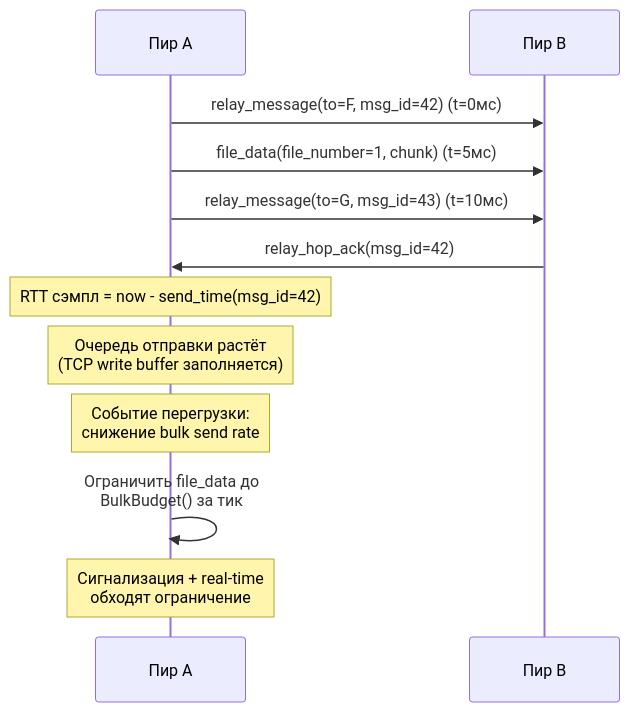
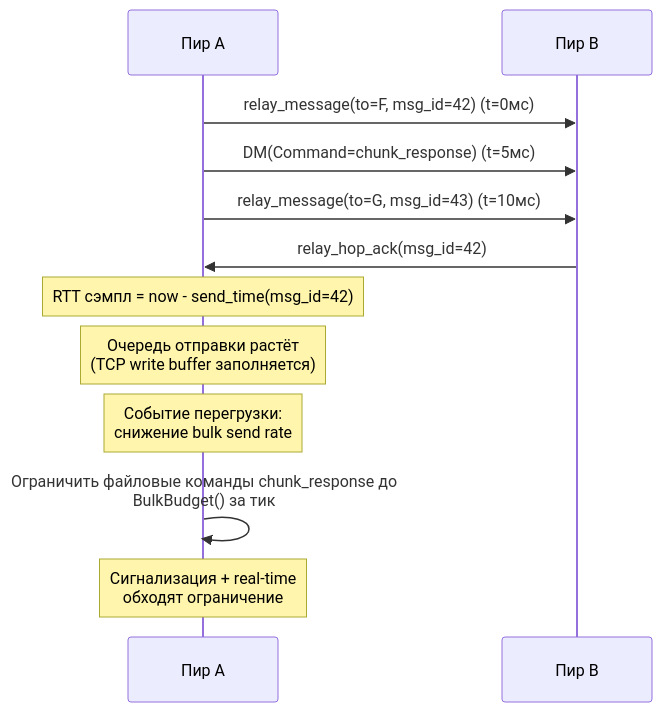
Before and after one commit to piratecash/corsa: diagram 25 of 28 in docs/roadmap.ru.md, drawn with Mermaid. The commit also changed other lines of this file and 98 other files, not shown here.

````diff
--- a/docs/roadmap.ru.md
+++ b/docs/roadmap.ru.md
@@ -4581,18 +3952,18 @@
 ```mermaid
 sequenceDiagram
     participant A as Пир A
     participant B as Пир B
 
     A->>B: relay_message(to=F, msg_id=42) (t=0мс)
-    A->>B: file_data(file_number=1, chunk) (t=5мс)
+    A->>B: DM(Command=chunk_response) (t=5мс)
     A->>B: relay_message(to=G, msg_id=43) (t=10мс)
 
     B->>A: relay_hop_ack(msg_id=42)
     Note over A: RTT сэмпл = now - send_time(msg_id=42)
 
     Note over A: Очередь отправки растёт<br/>(TCP write buffer заполняется)
     Note over A: Событие перегрузки:<br/>снижение bulk send rate
 
-    A->>A: Ограничить file_data до<br/>BulkBudget() за тик
+    A->>A: Ограничить файловые команды chunk_response до<br/>BulkBudget() за тик
     Note over A: Сигнализация + real-time<br/>обходят ограничение
 ```
````
